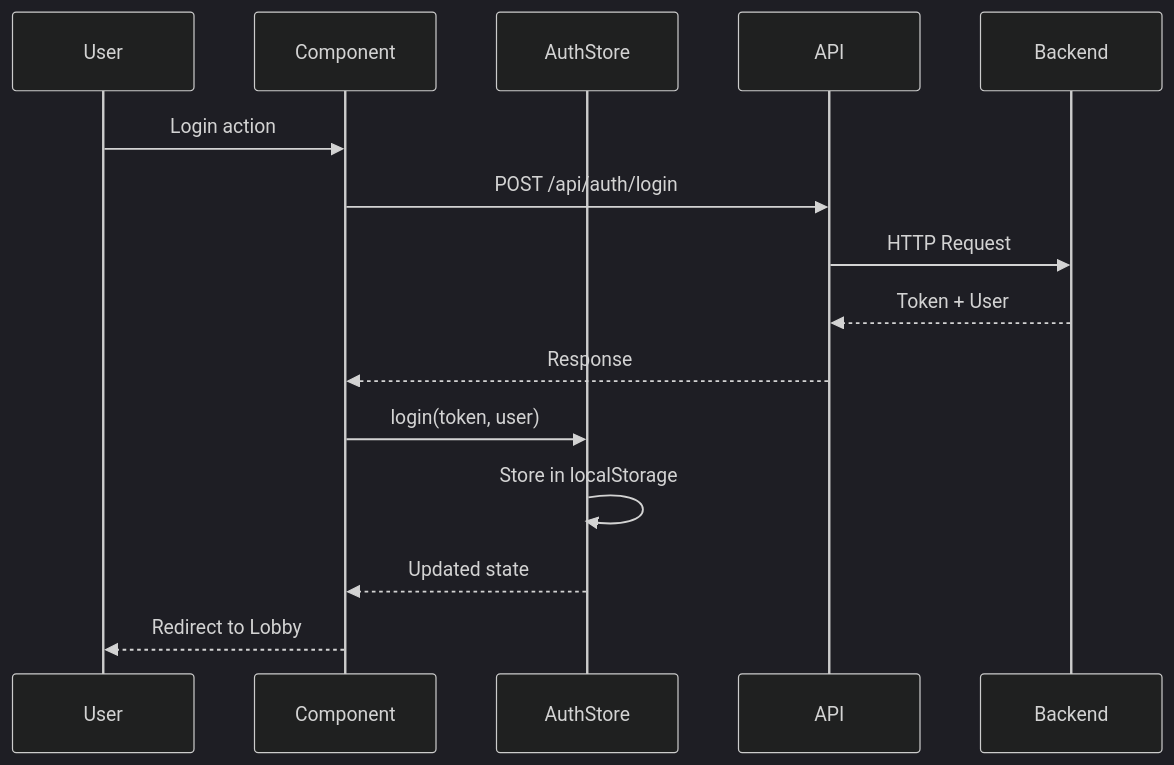
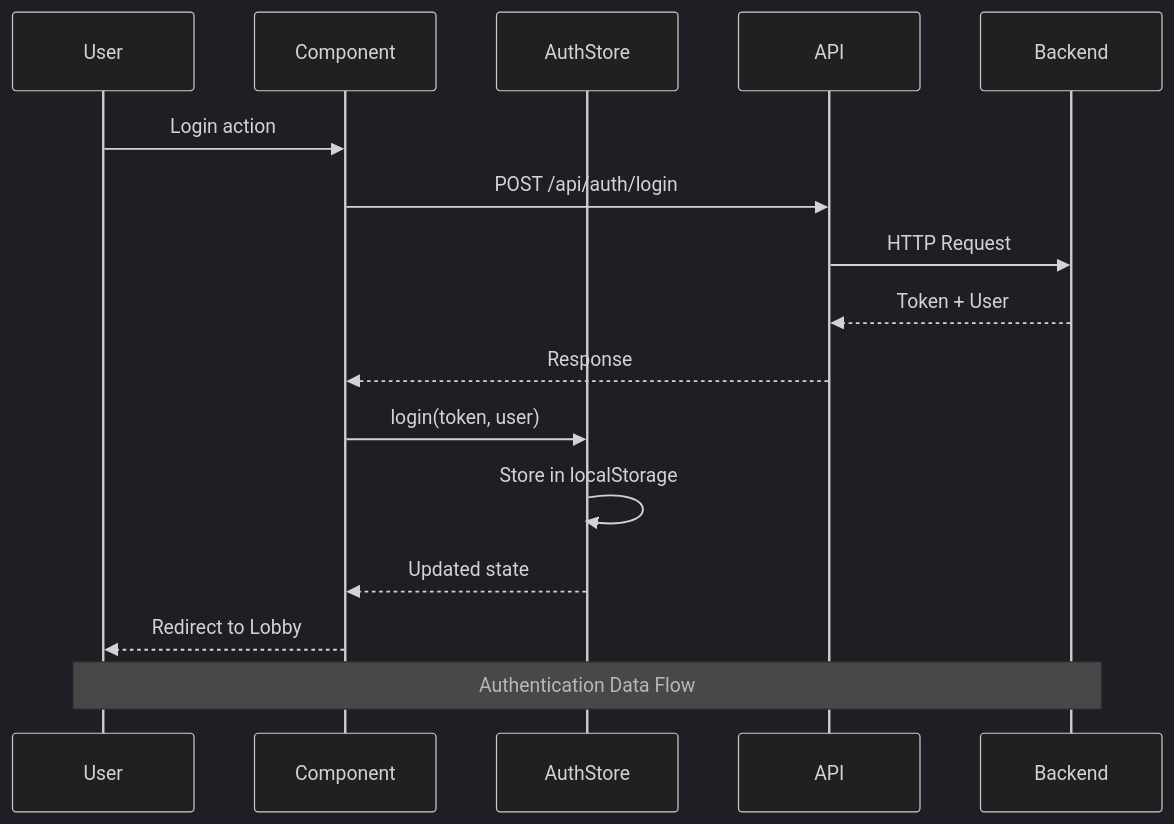
The fourth of 4 diagrams in docs/frontend/README.md (hamza-berahma/set-game), drawn with Mermaid (dark theme) before and after one commit. The commit also changed other lines of this file and 7 other files, not shown here.

````diff
--- a/docs/frontend/README.md
+++ b/docs/frontend/README.md
@@ -357,18 +380,20 @@
 ```mermaid
 sequenceDiagram
     participant User
     participant Component
     participant AuthStore
     participant API
     participant Backend
     
     User->>Component: Login action
     Component->>API: POST /api/auth/login
     API->>Backend: HTTP Request
     Backend-->>API: Token + User
     API-->>Component: Response
     Component->>AuthStore: login(token, user)
     AuthStore->>AuthStore: Store in localStorage
     AuthStore-->>Component: Updated state
     Component-->>User: Redirect to Lobby
+    
+    Note over User,Backend: Authentication Data Flow
 ```
````
